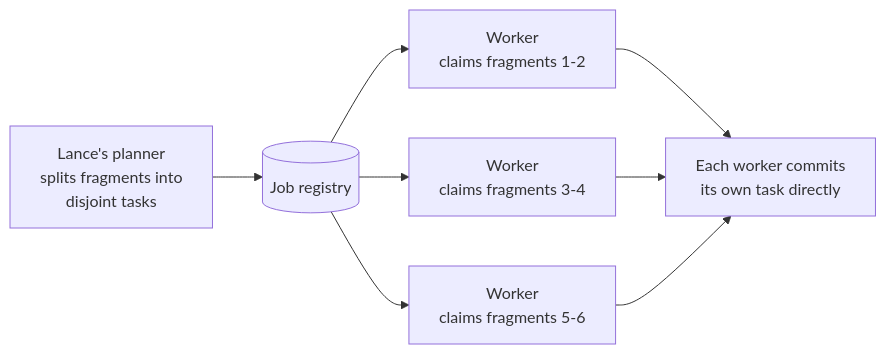
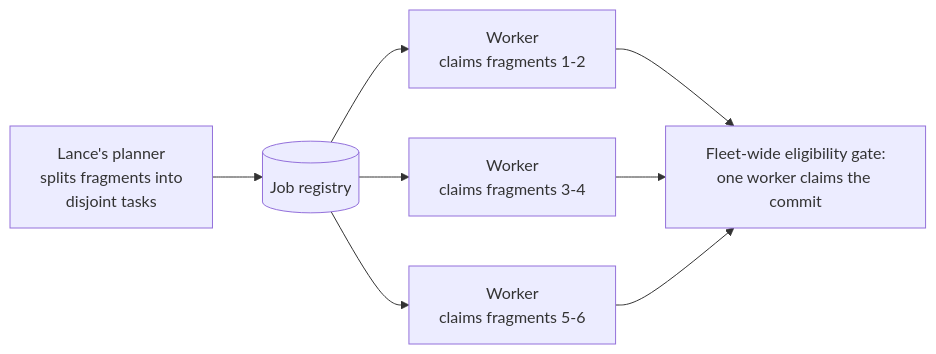
The diagram in docs/web/enterprise/distributed-compaction.mdx (lancedb/lancedb), drawn with Mermaid before and after one commit. The commit also changed other lines of this file and 47 other files, not shown here.

````diff
--- a/docs/web/enterprise/distributed-compaction.mdx
+++ b/docs/web/enterprise/distributed-compaction.mdx
@@ -17,10 +18,10 @@
 ```mermaid
 flowchart LR
     L["Lance's planner<br/>splits fragments into<br/>disjoint tasks"] --> R[("Job registry")]
     R --> W1["Worker<br/>claims fragments 1-2"]
     R --> W2["Worker<br/>claims fragments 3-4"]
     R --> W3["Worker<br/>claims fragments 5-6"]
-    W1 --> C["Each worker commits<br/>its own task directly"]
+    W1 --> C["Fleet-wide eligibility gate:<br/>one worker claims the commit"]
     W2 --> C
     W3 --> C
 ```
````
